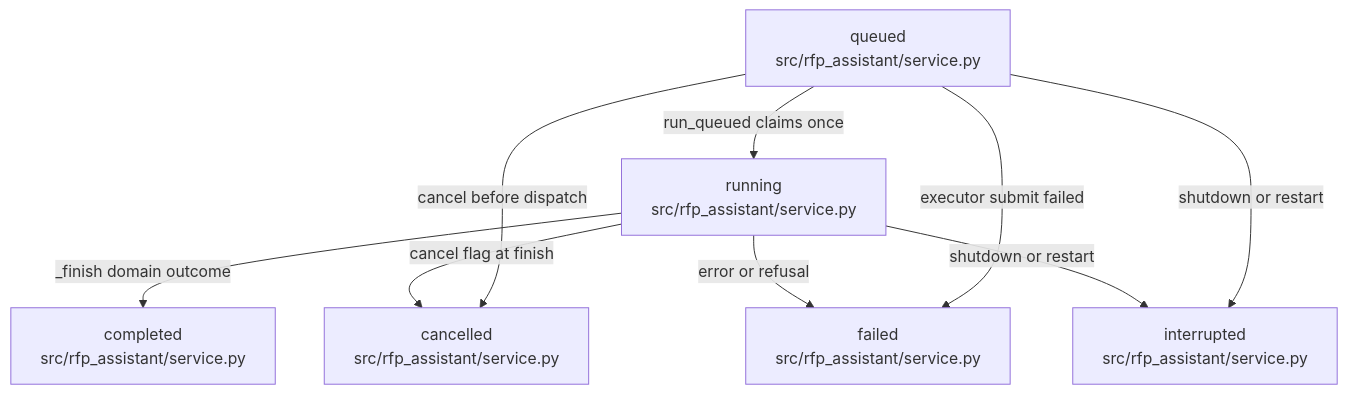
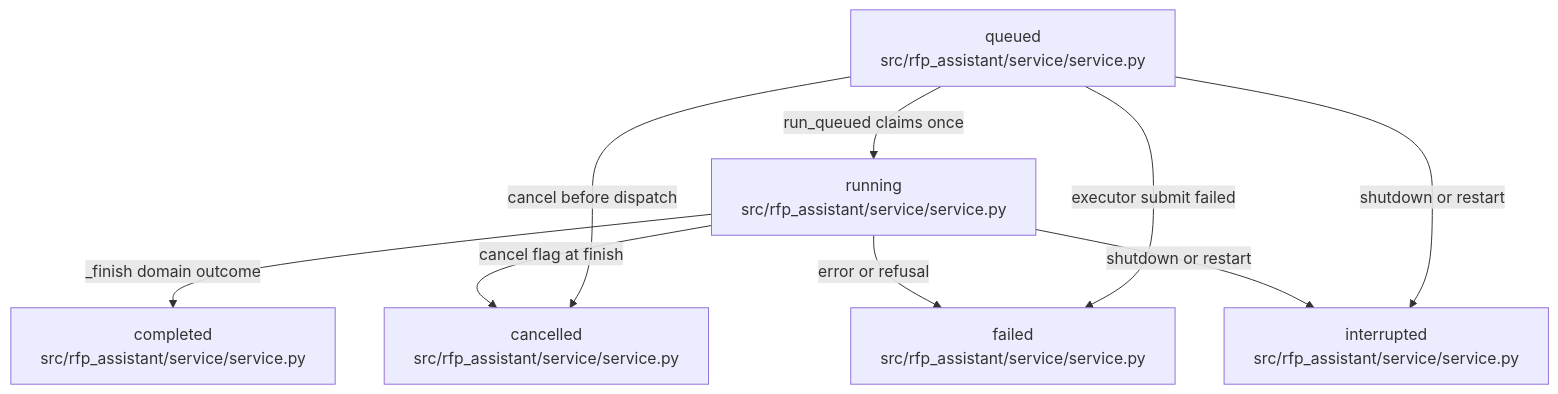
The diagram in .omm/state-transitions/request-states/diagram.mmd (littleeeeebit/project-codeit-mid), drawn with Mermaid before and after one commit. The commit also changed 13 other files, not shown here.

Commit message:
Name the layer package paths in docs and diagrams

```diff
--- a/.omm/state-transitions/request-states/diagram.mmd
+++ b/.omm/state-transitions/request-states/diagram.mmd
@@ -1,9 +1,9 @@
 graph TD
-  queued["queued\nsrc/rfp_assistant/service.py"] -->|"run_queued claims once"| running["running\nsrc/rfp_assistant/service.py"]
-  queued -->|"cancel before dispatch"| cancelled["cancelled\nsrc/rfp_assistant/service.py"]
-  queued -->|"shutdown or restart"| interrupted["interrupted\nsrc/rfp_assistant/service.py"]
-  queued -->|"executor submit failed"| failed["failed\nsrc/rfp_assistant/service.py"]
-  running -->|"_finish domain outcome"| completed["completed\nsrc/rfp_assistant/service.py"]
+  queued["queued\nsrc/rfp_assistant/service/service.py"] -->|"run_queued claims once"| running["running\nsrc/rfp_assistant/service/service.py"]
+  queued -->|"cancel before dispatch"| cancelled["cancelled\nsrc/rfp_assistant/service/service.py"]
+  queued -->|"shutdown or restart"| interrupted["interrupted\nsrc/rfp_assistant/service/service.py"]
+  queued -->|"executor submit failed"| failed["failed\nsrc/rfp_assistant/service/service.py"]
+  running -->|"_finish domain outcome"| completed["completed\nsrc/rfp_assistant/service/service.py"]
   running -->|"error or refusal"| failed
   running -->|"cancel flag at finish"| cancelled
   running -->|"shutdown or restart"| interrupted
```
